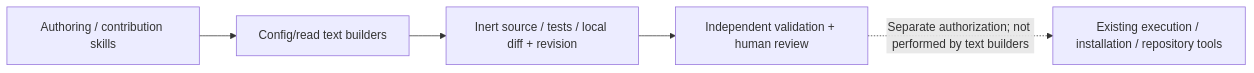
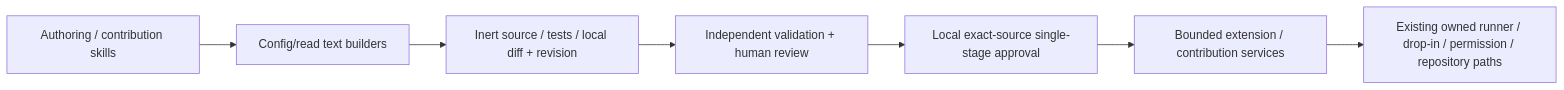
Before and after one commit to CircuitWall/jarela: the second of 11 diagrams in docs/ARCHITECTURE.md, drawn with Mermaid. The commit also changed other lines of this file and 48 other files, not shown here.

````diff
--- a/docs/ARCHITECTURE.md
+++ b/docs/ARCHITECTURE.md
@@ -187,7 +187,9 @@
 ```mermaid
 flowchart LR
   Skills["Authoring / contribution skills"] --> TextTools["Config/read text builders"]
   TextTools --> Inert["Inert source / tests / local diff + revision"]
   Inert --> Review["Independent validation + human review"]
-  Review -. "Separate authorization; not performed by text builders" .-> Lifecycle["Existing execution / installation / repository tools"]
+  Review --> Approval["Local exact-source single-stage approval"]
+  Approval --> Lifecycle["Bounded extension / contribution services"]
+  Lifecycle --> Existing["Existing owned runner / drop-in / permission / repository paths"]
 ```
````
